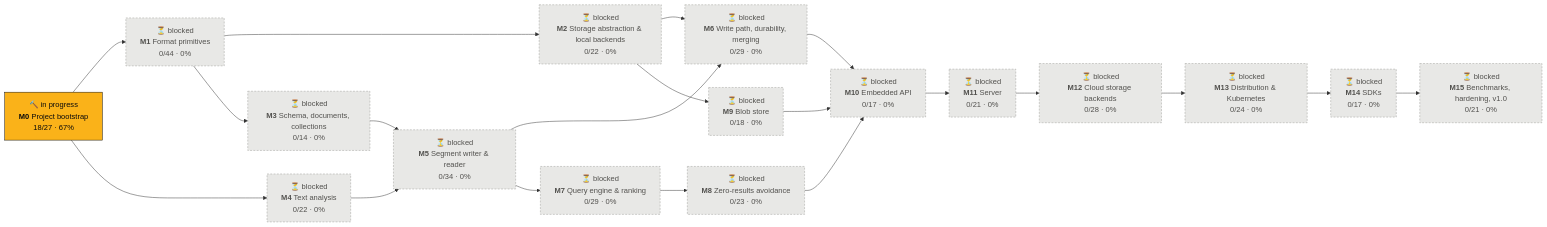
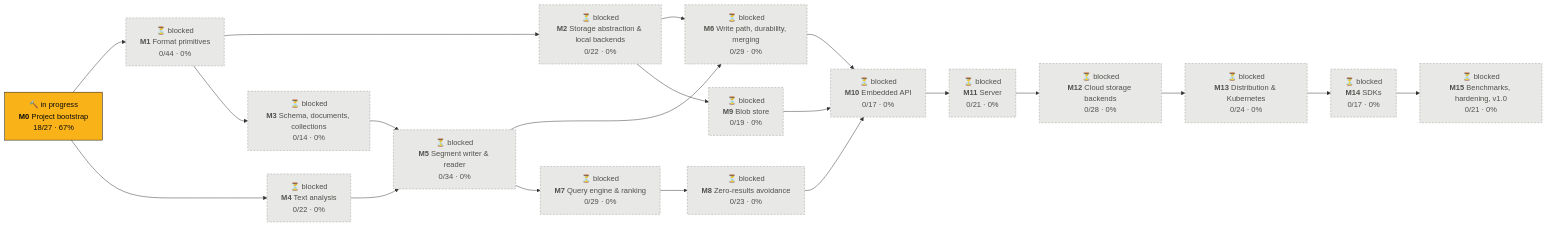
One commit to tomiok/persiaDB changed the first of 2 diagrams in PROGRESS.md. Above: the diagram before and after it, drawn with Mermaid. The commit also changed other lines of this file and 7 other files, not shown here.

````diff
--- a/PROGRESS.md
+++ b/PROGRESS.md
@@ -14,42 +14,42 @@
 ```mermaid
 flowchart LR
   M0["🔨 in progress<br/><b>M0</b> Project bootstrap<br/>18/27 · 67%"]:::doing
   M1["⏳ blocked<br/><b>M1</b> Format primitives<br/>0/44 · 0%"]:::blocked
   M2["⏳ blocked<br/><b>M2</b> Storage abstraction & local backends<br/>0/22 · 0%"]:::blocked
   M3["⏳ blocked<br/><b>M3</b> Schema, documents, collections<br/>0/14 · 0%"]:::blocked
   M4["⏳ blocked<br/><b>M4</b> Text analysis<br/>0/22 · 0%"]:::blocked
   M5["⏳ blocked<br/><b>M5</b> Segment writer & reader<br/>0/34 · 0%"]:::blocked
   M6["⏳ blocked<br/><b>M6</b> Write path, durability, merging<br/>0/29 · 0%"]:::blocked
   M7["⏳ blocked<br/><b>M7</b> Query engine & ranking<br/>0/29 · 0%"]:::blocked
   M8["⏳ blocked<br/><b>M8</b> Zero-results avoidance<br/>0/23 · 0%"]:::blocked
-  M9["⏳ blocked<br/><b>M9</b> Blob store<br/>0/18 · 0%"]:::blocked
+  M9["⏳ blocked<br/><b>M9</b> Blob store<br/>0/19 · 0%"]:::blocked
   M10["⏳ blocked<br/><b>M10</b> Embedded API<br/>0/17 · 0%"]:::blocked
   M11["⏳ blocked<br/><b>M11</b> Server<br/>0/21 · 0%"]:::blocked
   M12["⏳ blocked<br/><b>M12</b> Cloud storage backends<br/>0/28 · 0%"]:::blocked
   M13["⏳ blocked<br/><b>M13</b> Distribution & Kubernetes<br/>0/24 · 0%"]:::blocked
   M14["⏳ blocked<br/><b>M14</b> SDKs<br/>0/17 · 0%"]:::blocked
   M15["⏳ blocked<br/><b>M15</b> Benchmarks, hardening, v1.0<br/>0/21 · 0%"]:::blocked
   M0 --> M1
   M1 --> M2
   M1 --> M3
   M0 --> M4
   M3 --> M5
   M4 --> M5
   M2 --> M6
   M5 --> M6
   M5 --> M7
   M7 --> M8
   M2 --> M9
   M6 --> M10
   M8 --> M10
   M9 --> M10
   M10 --> M11
   M11 --> M12
   M12 --> M13
   M13 --> M14
   M14 --> M15
   classDef done fill:#0ca30c,stroke:#0b0b0b,color:#0b0b0b
   classDef doing fill:#fab219,stroke:#0b0b0b,color:#0b0b0b
   classDef ready fill:#fcfcfb,stroke:#0b0b0b,stroke-width:2px,color:#0b0b0b
   classDef blocked fill:#e8e8e6,stroke:#9a9a96,stroke-dasharray:4 3,color:#52514e
 ```
````
